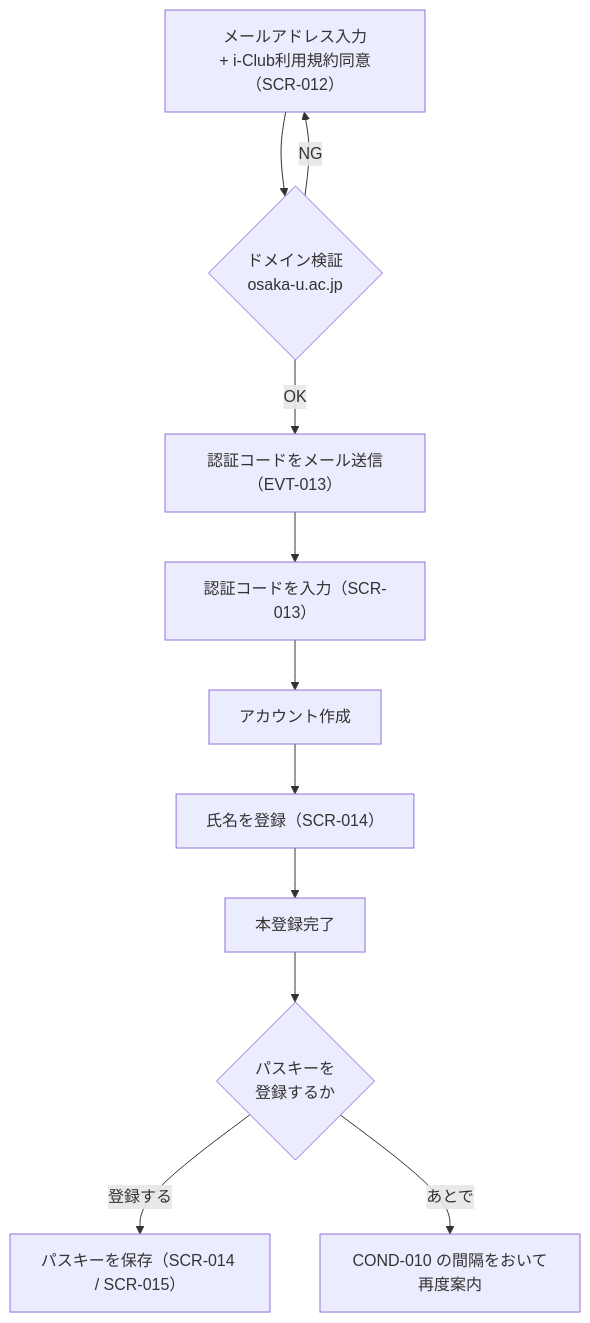
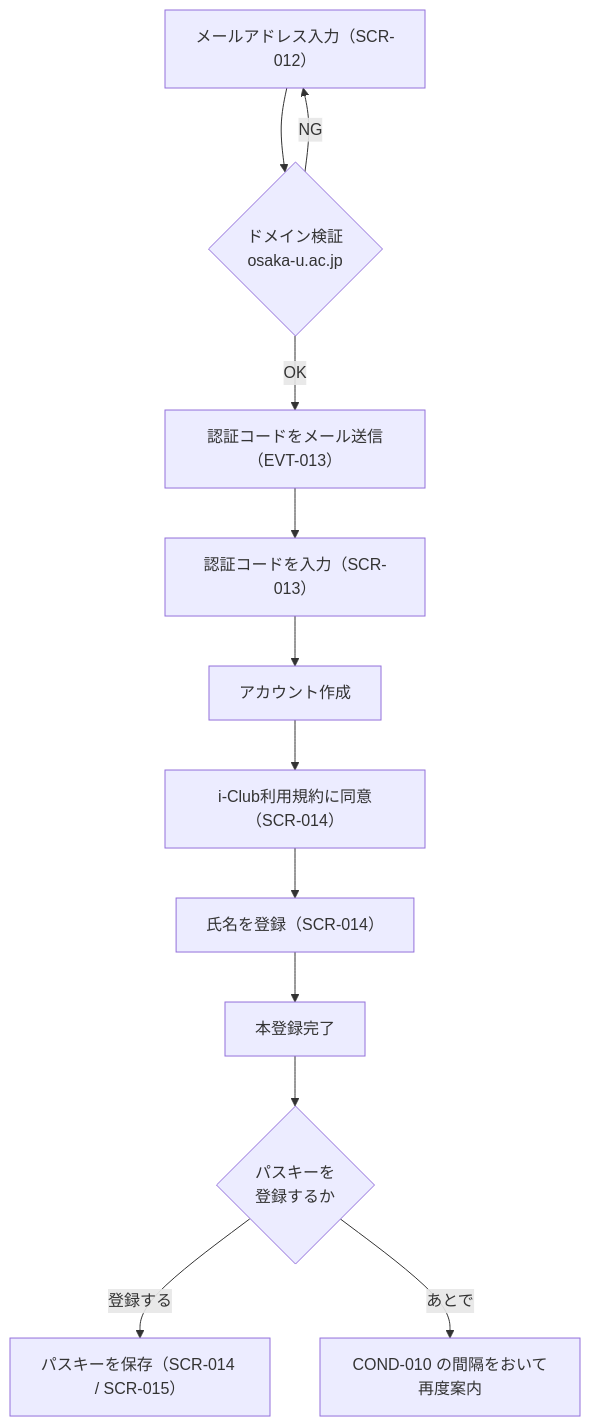
The first of 8 diagrams in docs/prd.md (gdsc-osaka/iclub-reserve), drawn with Mermaid before and after one commit. The commit also changed other lines of this file and 4 other files, not shown here.

````diff
--- a/docs/prd.md
+++ b/docs/prd.md
@@ -60,13 +60,14 @@
 ```mermaid
 flowchart TD
-    A["メールアドレス入力\n+ i-Club利用規約同意（SCR-012）"] --> B{ドメイン検証\nosaka-u.ac.jp}
+    A["メールアドレス入力（SCR-012）"] --> B{ドメイン検証\nosaka-u.ac.jp}
     B -- OK --> C["認証コードをメール送信（EVT-013）"]
     B -- NG --> A
     C --> D["認証コードを入力（SCR-013）"]
     D --> E["アカウント作成"]
-    E --> F["氏名を登録（SCR-014）"]
+    E --> T["i-Club利用規約に同意（SCR-014）"]
+    T --> F["氏名を登録（SCR-014）"]
     F --> G["本登録完了"]
     G --> H{"パスキーを\n登録するか"}
     H -- 登録する --> I["パスキーを保存（SCR-014 / SCR-015）"]
     H -- あとで --> J["COND-010 の間隔をおいて再度案内"]
 ```
````
